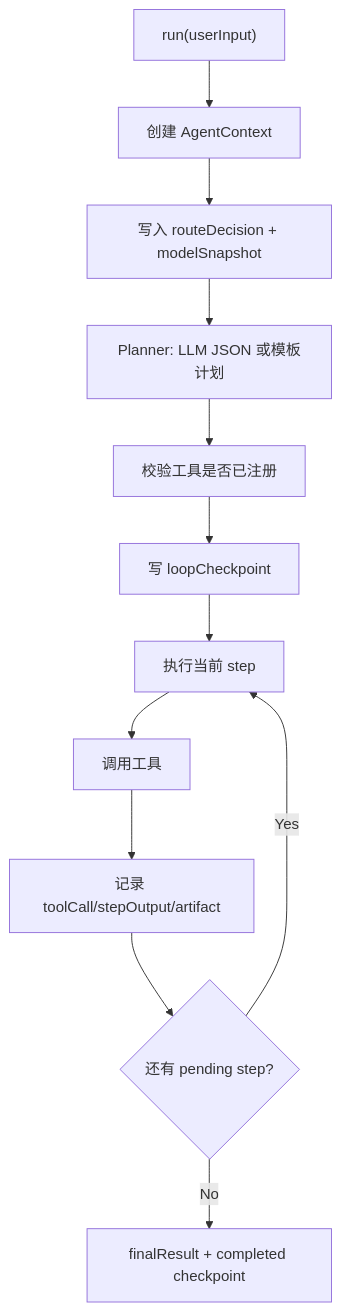
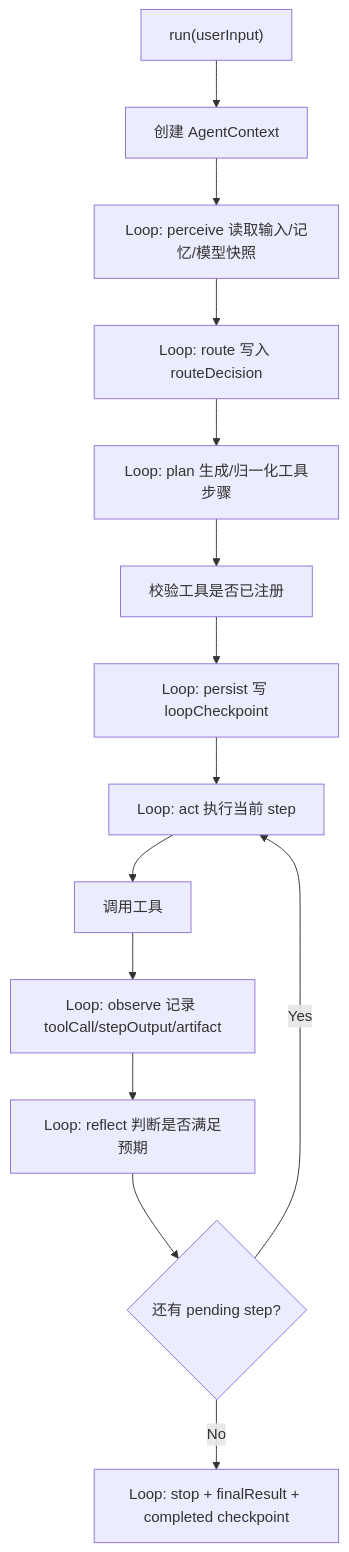
Before and after one commit to Ysweater/agent-workplace: the second of 2 diagrams in agnes-agent-workspace/docs/delivery-summary.md, drawn with Mermaid. The commit also changed other lines of this file and 17 other files, not shown here.

````diff
--- a/agnes-agent-workspace/docs/delivery-summary.md
+++ b/agnes-agent-workspace/docs/delivery-summary.md
@@ -98,14 +100,16 @@
 ```mermaid
 flowchart TD
   Start["run(userInput)"] --> Context["创建 AgentContext"]
-  Context --> Route["写入 routeDecision + modelSnapshot"]
-  Route --> Plan["Planner: LLM JSON 或模板计划"]
+  Context --> Perceive["Loop: perceive 读取输入/记忆/模型快照"]
+  Perceive --> Route["Loop: route 写入 routeDecision"]
+  Route --> Plan["Loop: plan 生成/归一化工具步骤"]
   Plan --> Validate["校验工具是否已注册"]
-  Validate --> Checkpoint["写 loopCheckpoint"]
-  Checkpoint --> Step["执行当前 step"]
+  Validate --> Checkpoint["Loop: persist 写 loopCheckpoint"]
+  Checkpoint --> Step["Loop: act 执行当前 step"]
   Step --> Tool["调用工具"]
-  Tool --> Observe["记录 toolCall/stepOutput/artifact"]
-  Observe --> More{"还有 pending step?"}
+  Tool --> Observe["Loop: observe 记录 toolCall/stepOutput/artifact"]
+  Observe --> Reflect["Loop: reflect 判断是否满足预期"]
+  Reflect --> More{"还有 pending step?"}
   More -->|Yes| Step
-  More -->|No| Done["finalResult + completed checkpoint"]
+  More -->|No| Done["Loop: stop + finalResult + completed checkpoint"]
 ```
````
